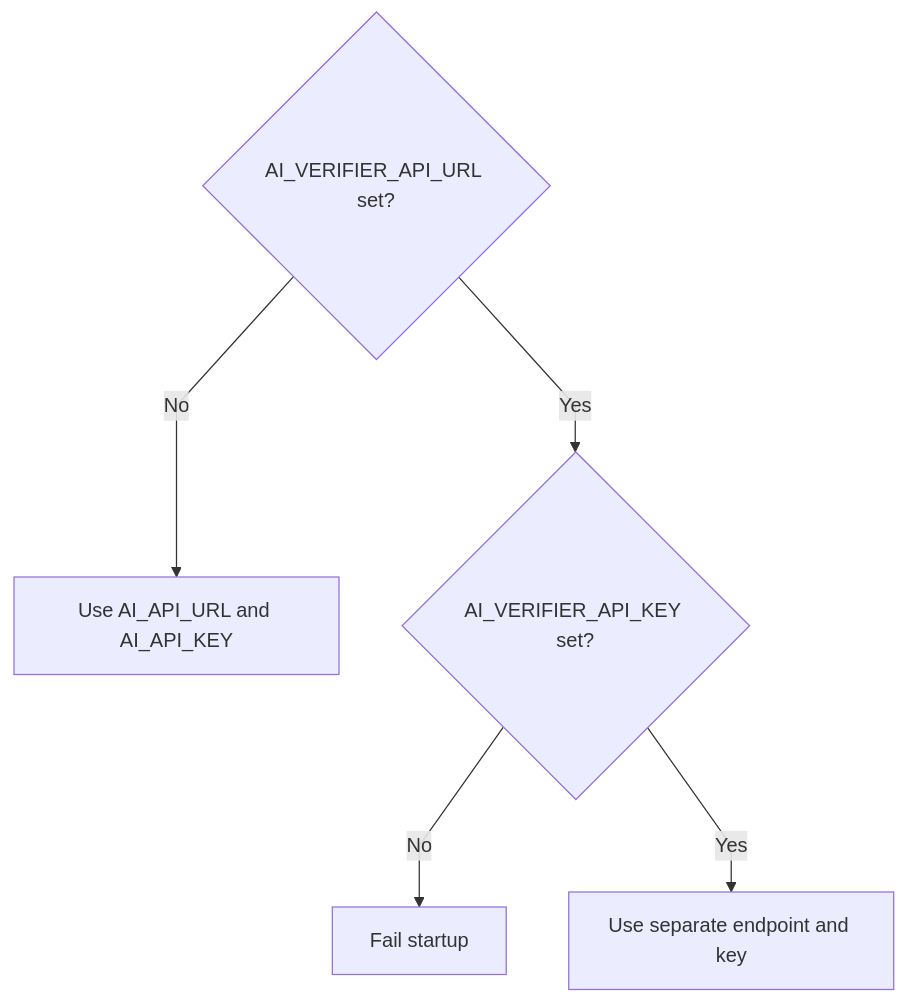
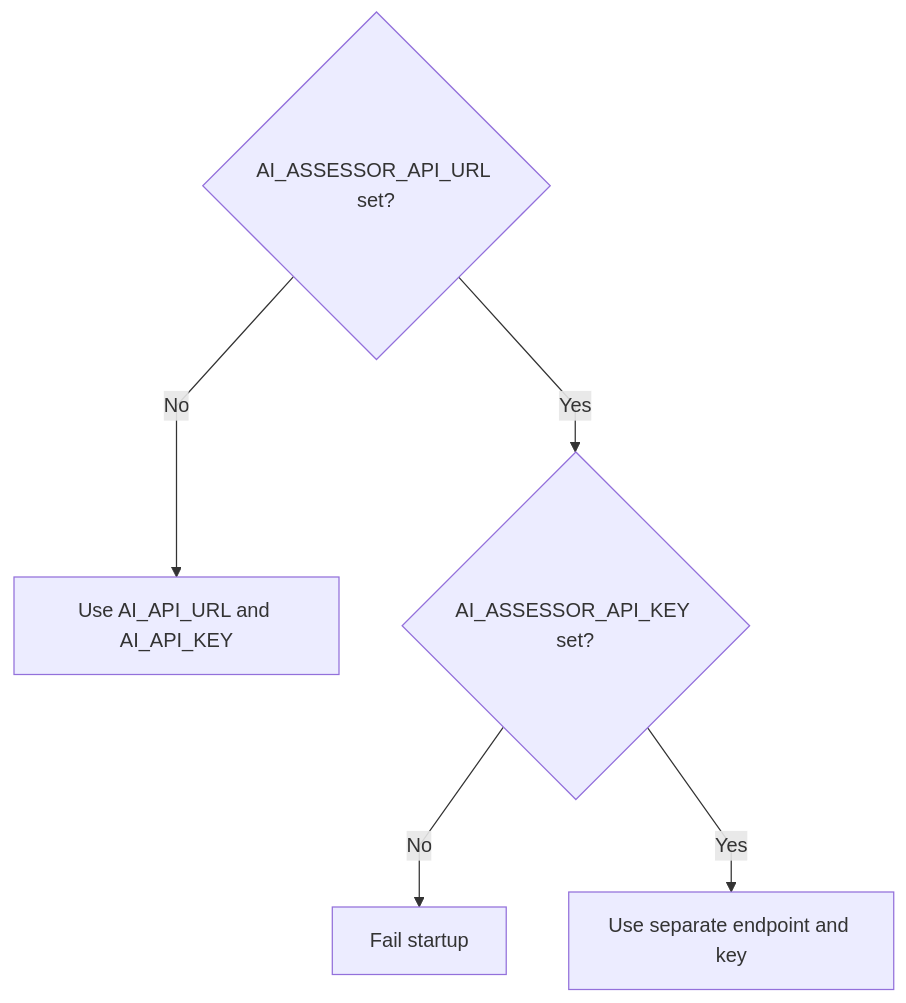
Before and after one commit to markhuangai/dense-mem: the second of 3 diagrams in Configuration.md, drawn with Mermaid. The commit also changed other lines of this file and 24 other files, not shown here.

Commit message:
Document V2.4 one-call placement architecture

````diff
--- a/Configuration.md
+++ b/Configuration.md
@@ -170,9 +170,9 @@
 ```mermaid
 %%{init: {"flowchart": {"curve": "linear"}}}%%
 flowchart TD
-  URL{"AI_VERIFIER_API_URL set?"}
+  URL{"AI_ASSESSOR_API_URL set?"}
   URL -- No --> Shared["Use AI_API_URL and AI_API_KEY"]
-  URL -- Yes --> Key{"AI_VERIFIER_API_KEY set?"}
+  URL -- Yes --> Key{"AI_ASSESSOR_API_KEY set?"}
   Key -- No --> Invalid["Fail startup"]
   Key -- Yes --> Separate["Use separate endpoint and key"]
 ```
````
